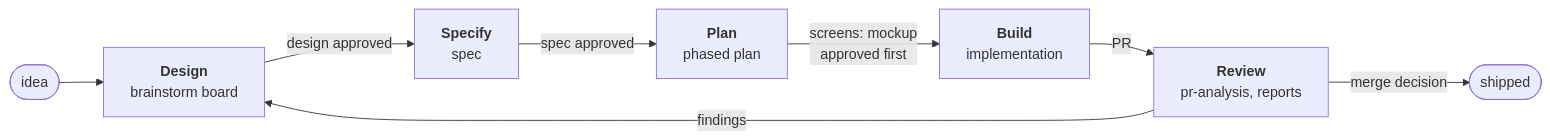
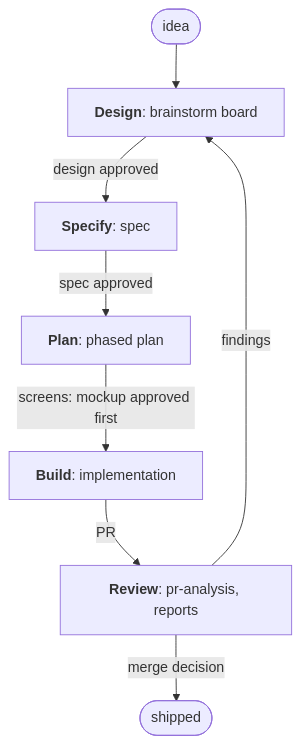
Before and after one commit to Ovich/charrette: the diagram in README.md, drawn with Mermaid.

Commit message:
docs: cycle diagram vertical for readability, one-line phase labels
Claude-Session: https://claude.ai/code/session_01Bbwxd5uhaApEuHVqP3PWNk

````diff
--- a/README.md
+++ b/README.md
@@ -55,10 +55,10 @@
 ```mermaid
-flowchart LR
+flowchart TD
   idea([idea]) --> design
-  design["<b>Design</b><br/>brainstorm board"] -->|"design approved"| specify["<b>Specify</b><br/>spec"]
-  specify -->|"spec approved"| plan["<b>Plan</b><br/>phased plan"]
-  plan -->|"screens: mockup<br/>approved first"| build["<b>Build</b><br/>implementation"]
-  build -->|"PR"| review["<b>Review</b><br/>pr-analysis, reports"]
+  design["<b>Design</b>: brainstorm board"] -->|"design approved"| specify["<b>Specify</b>: spec"]
+  specify -->|"spec approved"| plan["<b>Plan</b>: phased plan"]
+  plan -->|"screens: mockup approved first"| build["<b>Build</b>: implementation"]
+  build -->|"PR"| review["<b>Review</b>: pr-analysis, reports"]
   review -->|"merge decision"| shipped([shipped])
   review -->|"findings"| design
 ```
````
